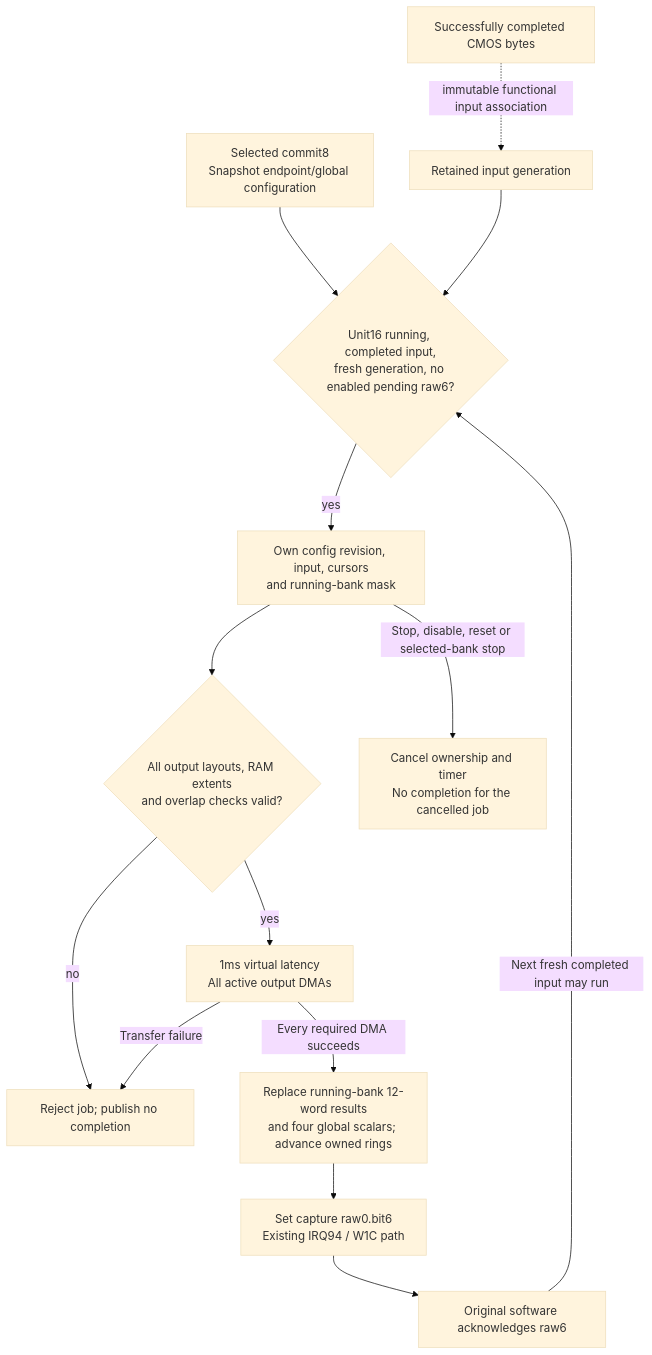
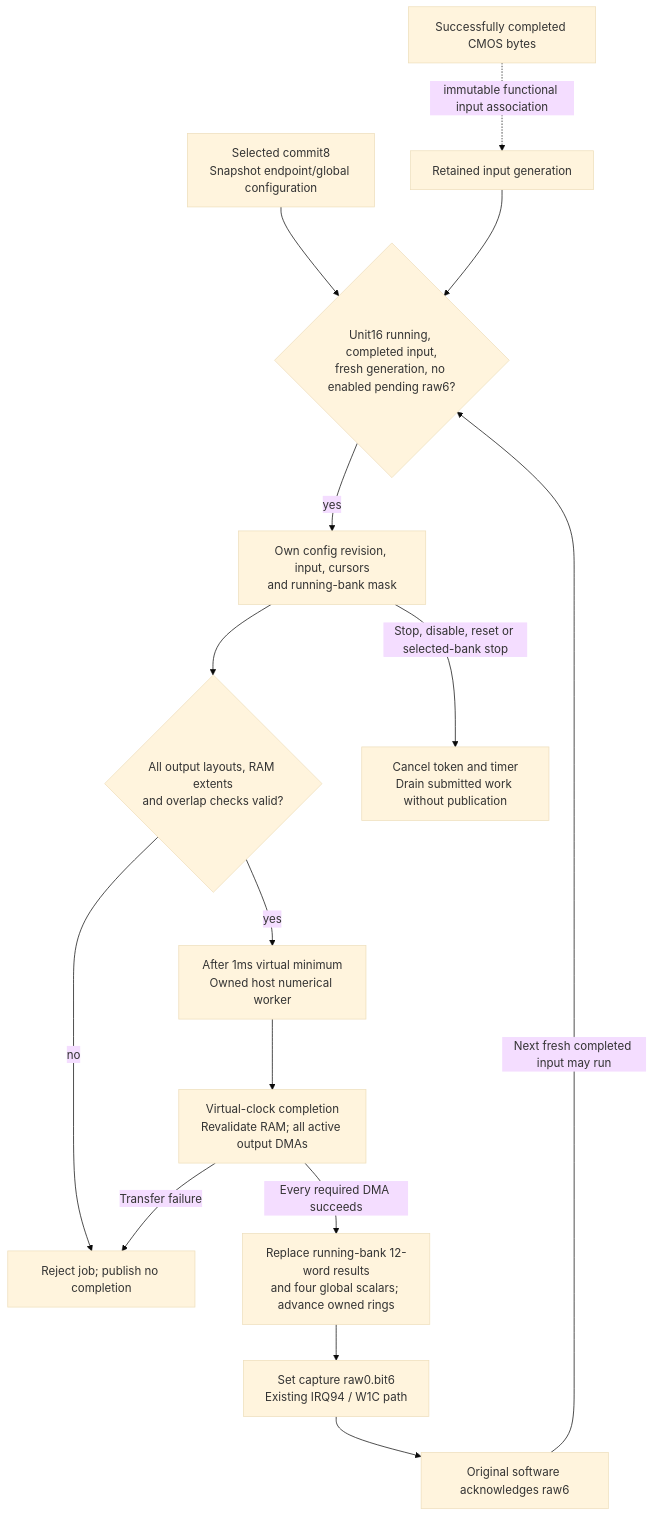
Before and after one commit to nightglasses/z7ii-qemu: the diagram in docs/devices/statistics/protocol.md, drawn with Mermaid (base theme). The commit also changed other lines of this file and 2 other files, not shown here.

Commit message:
Compute owned capture statistics outside BQL

````diff
--- a/docs/devices/statistics/protocol.md
+++ b/docs/devices/statistics/protocol.md
@@ -21,16 +21,17 @@
 ```mermaid
 flowchart TD
   Commit["Selected commit8<br/>Snapshot endpoint/global configuration"] --> Eligible{"Unit16 running, completed input,<br/>fresh generation, no enabled pending raw6?"}
   CMOS["Successfully completed CMOS bytes"] -. "immutable functional input association" .-> Input["Retained input generation"]
   Input --> Eligible
   Eligible -->|"yes"| Job["Own config revision, input, cursors<br/>and running-bank mask"]
   Job --> Validate{"All output layouts, RAM extents<br/>and overlap checks valid?"}
   Validate -->|"no"| Reject["Reject job; publish no completion"]
-  Validate -->|"yes"| DMA["1ms virtual latency<br/>All active output DMAs"]
+  Validate -->|"yes"| Compute["After 1ms virtual minimum<br/>Owned host numerical worker"]
+  Compute --> DMA["Virtual-clock completion<br/>Revalidate RAM; all active output DMAs"]
   DMA -->|"Every required DMA succeeds"| Results["Replace running-bank 12-word results<br/>and four global scalars; advance owned rings"]
   DMA -->|"Transfer failure"| Reject
   Results --> Raw["Set capture raw0.bit6<br/>Existing IRQ94 / W1C path"]
   Raw --> Ack["Original software acknowledges raw6"]
   Ack -->|"Next fresh completed input may run"| Eligible
-  Job -->|"Stop, disable, reset or selected-bank stop"| Cancel["Cancel ownership and timer<br/>No completion for the cancelled job"]
+  Job -->|"Stop, disable, reset or selected-bank stop"| Cancel["Cancel token and timer<br/>Drain submitted work without publication"]
 ```
````
